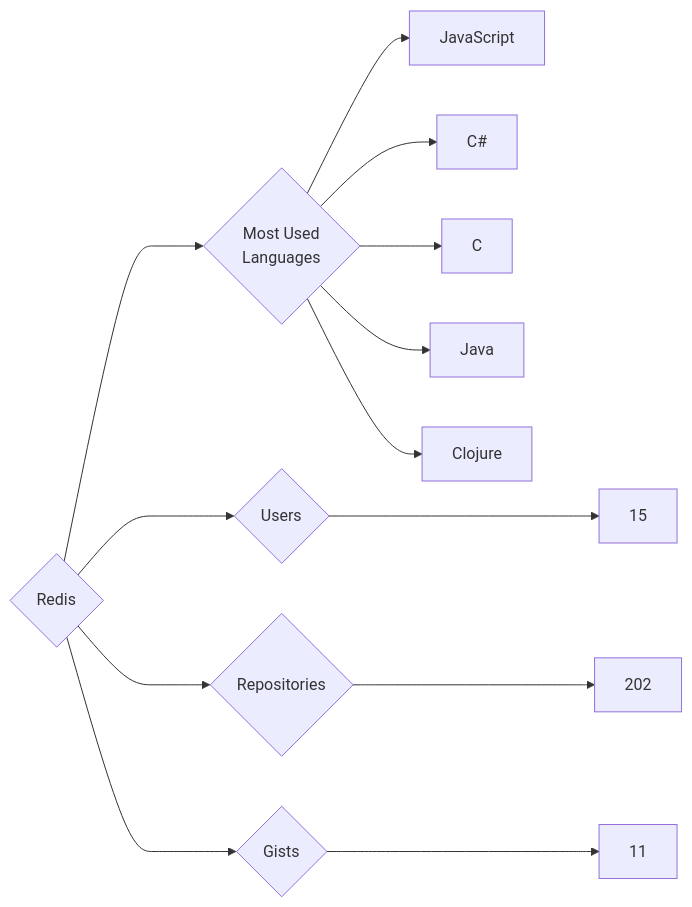
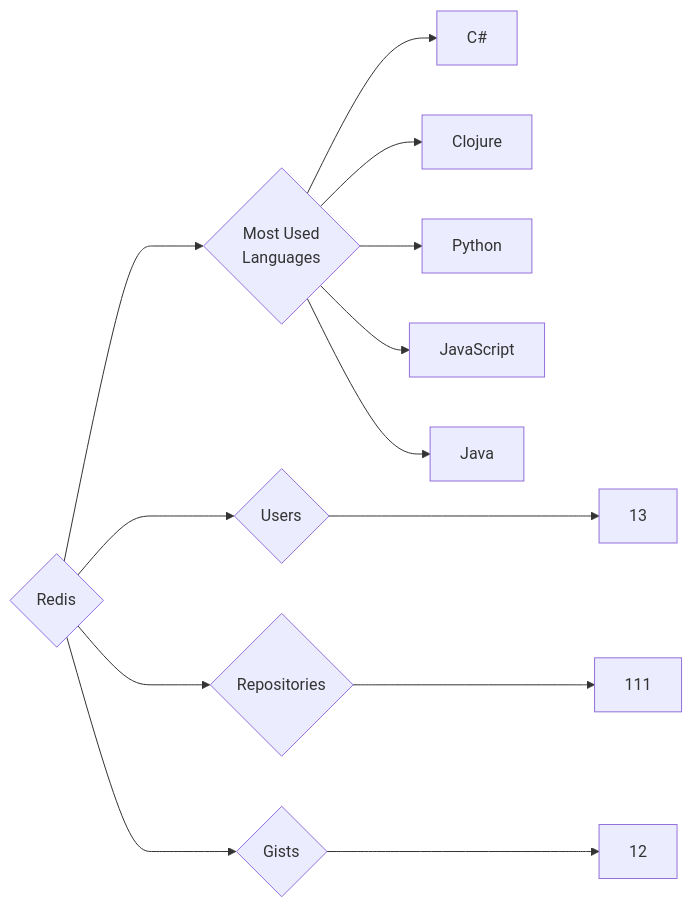
Before and after one commit to trickest/insiders: the diagram in targets/Redis/README.md, drawn with Mermaid. The commit also changed 953 other files, not shown here.

````diff
--- a/targets/Redis/README.md
+++ b/targets/Redis/README.md
@@ -3,13 +3,13 @@
 ```mermaid
 graph LR
 COMPANY_NAME{Redis}
-COMPANY_NAME ---> U{Users} ---> UN[15]
-COMPANY_NAME ---> R{Repositories} ---> RN[202]
-COMPANY_NAME ---> G{Gists} ---> GN[11]
+COMPANY_NAME ---> U{Users} ---> UN[13]
+COMPANY_NAME ---> R{Repositories} ---> RN[111]
+COMPANY_NAME ---> G{Gists} ---> GN[12]
 COMPANY_NAME ---> ML{Most Used<br>Languages}
+ML --> C#[C#]
+ML --> Clojure[Clojure]
+ML --> Python[Python]
 ML --> JavaScript[JavaScript]
-ML --> C#[C#]
-ML --> C[C]
 ML --> Java[Java]
-ML --> Clojure[Clojure]
 ```
````
